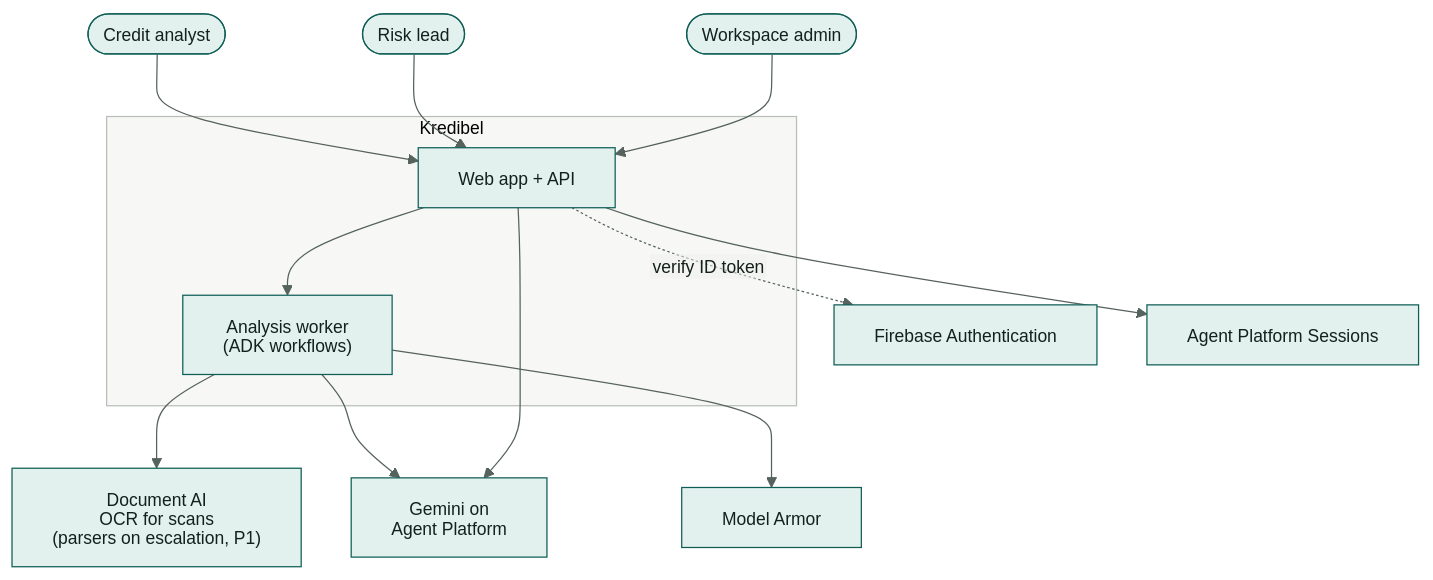
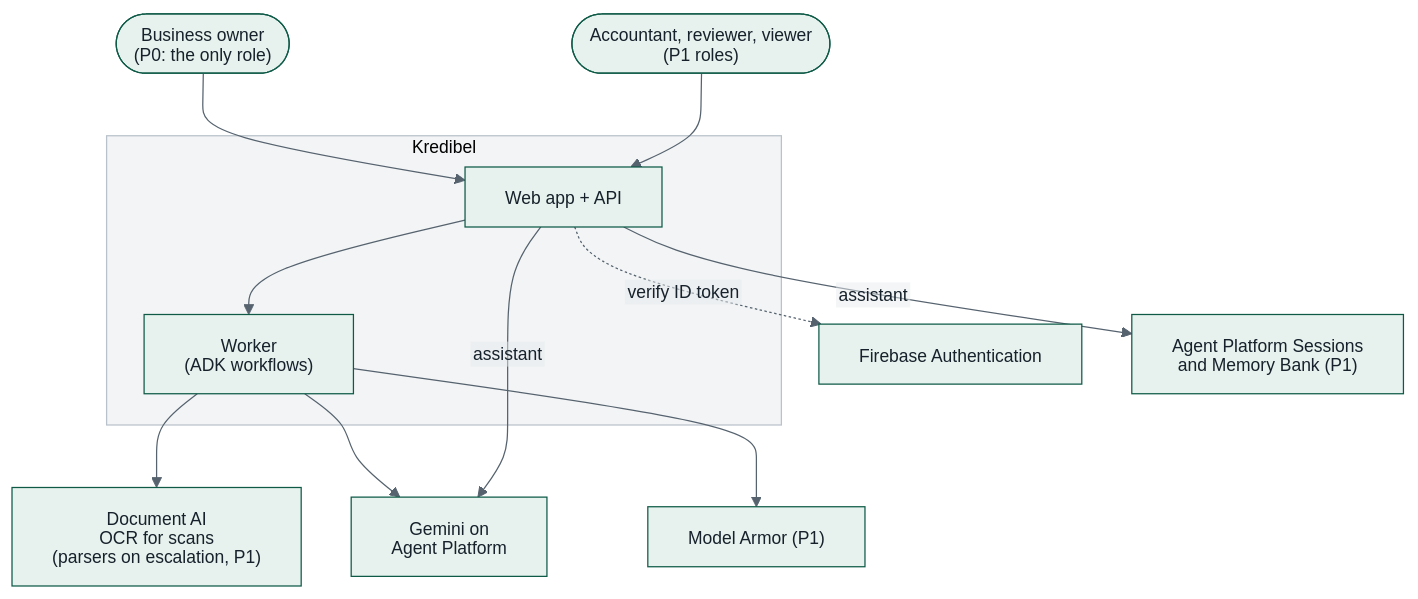
The first of 9 diagrams in docs/05-architecture.md (fadlytanjung/kredibel), drawn with Mermaid before and after one commit. The commit also changed other lines of this file and 245 other files, not shown here.

````diff
--- a/docs/05-architecture.md
+++ b/docs/05-architecture.md
@@ -24,27 +27,25 @@
 ```mermaid
-%%{init: {"theme": "base", "themeVariables": {"fontFamily": "Arial, Helvetica, sans-serif", "fontSize": "14px", "primaryColor": "#E3F1EE", "primaryBorderColor": "#0F5E56", "primaryTextColor": "#14201C", "lineColor": "#55625D", "secondaryColor": "#F0F2EF", "tertiaryColor": "#FFFFFF", "clusterBkg": "#F7F8F6", "clusterBorder": "#B8BFB9", "noteBkgColor": "#FEF0C7", "noteTextColor": "#14201C"}, "htmlLabels": false, "flowchart": {"htmlLabels": false, "padding": 16, "nodeSpacing": 40, "rankSpacing": 50, "wrappingWidth": 220}, "sequence": {"wrap": true, "useMaxWidth": true, "noteFontFamily": "Arial, Helvetica, sans-serif", "messageFontFamily": "Arial, Helvetica, sans-serif", "actorFontFamily": "Arial, Helvetica, sans-serif"}}}%%
+%%{init: {"theme": "base", "themeVariables": {"fontFamily": "Arial, Helvetica, sans-serif", "fontSize": "14px", "primaryColor": "#E7F2EE", "primaryBorderColor": "#0E5A47", "primaryTextColor": "#16212B", "lineColor": "#56636F", "secondaryColor": "#E8ECEE", "tertiaryColor": "#FFFFFF", "clusterBkg": "#F2F4F5", "clusterBorder": "#B9C2CA", "noteBkgColor": "#FFF5D6", "noteTextColor": "#16212B"}, "htmlLabels": false, "flowchart": {"htmlLabels": false, "padding": 16, "nodeSpacing": 40, "rankSpacing": 50, "wrappingWidth": 220}, "sequence": {"wrap": true, "useMaxWidth": true, "noteFontFamily": "Arial, Helvetica, sans-serif", "messageFontFamily": "Arial, Helvetica, sans-serif", "actorFontFamily": "Arial, Helvetica, sans-serif"}}}%%
 flowchart TB
-    analyst(["Credit analyst"])
-    risk(["Risk lead"])
-    admin(["Workspace admin"])
+    owner(["Business owner<br/>(P0: the only role)"])
+    team(["Accountant, reviewer, viewer<br/>(P1 roles)"])
     subgraph K["Kredibel"]
         web["Web app + API"]
-        worker["Analysis worker<br/>(ADK workflows)"]
+        worker["Worker<br/>(ADK workflows)"]
     end
     fbauth["Firebase Authentication"]
     docai["Document AI<br/>OCR for scans<br/>(parsers on escalation, P1)"]
     gemini["Gemini on<br/>Agent Platform"]
-    armor["Model Armor"]
-    sessions["Agent Platform Sessions"]
+    armor["Model Armor (P1)"]
+    memory["Agent Platform Sessions<br/>and Memory Bank (P1)"]
 
-    analyst --> web
-    risk --> web
-    admin --> web
+    owner --> web
+    team --> web
     web -.->|verify ID token| fbauth
     web --> worker
     worker --> docai
     worker --> gemini
     worker --> armor
-    web --> gemini
-    web --> sessions
+    web -->|assistant| gemini
+    web -->|assistant| memory
 ```
````
